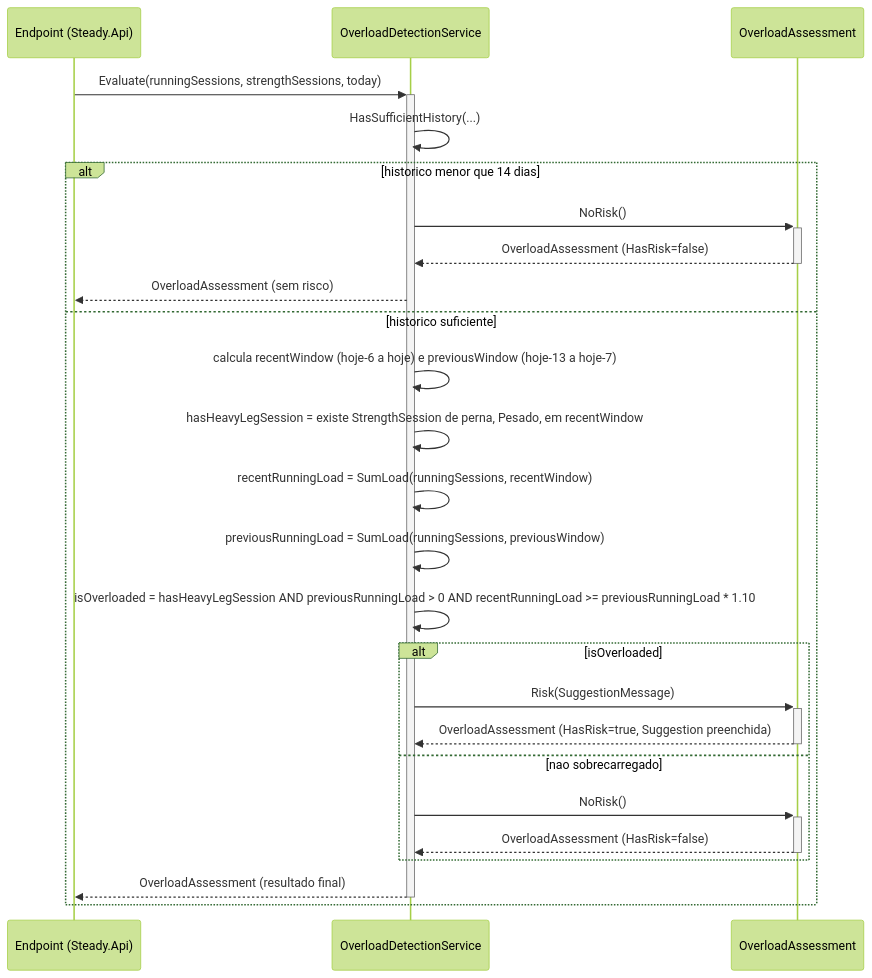
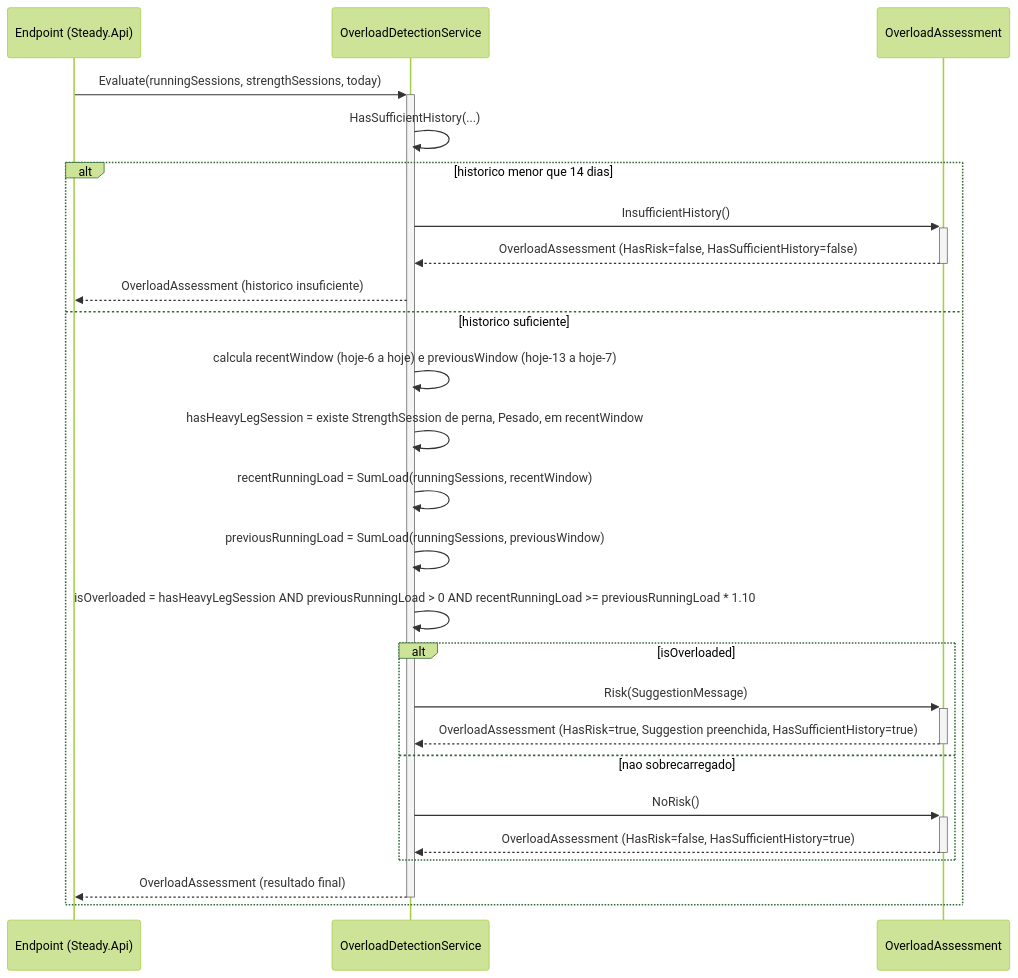
Before and after one commit to JoaoFPedro/steady-ia: the diagram in DocumentAIReadme/Steady.Domain/DevDocs/OverloadDetectionService-Sobrecarga-DevDocs.md, drawn with Mermaid (forest theme). The commit also changed other lines of this file and 28 other files, not shown here.

````diff
--- a/DocumentAIReadme/Steady.Domain/DevDocs/OverloadDetectionService-Sobrecarga-DevDocs.md
+++ b/DocumentAIReadme/Steady.Domain/DevDocs/OverloadDetectionService-Sobrecarga-DevDocs.md
@@ -63,28 +63,28 @@
 ```mermaid
 sequenceDiagram
     participant Endpoint as Endpoint (Steady.Api)
     participant Service as OverloadDetectionService
     participant Assessment as OverloadAssessment
 
     Endpoint->>+Service: Evaluate(runningSessions, strengthSessions, today)
     Service->>Service: HasSufficientHistory(...)
     alt historico menor que 14 dias
-        Service->>+Assessment: NoRisk()
-        Assessment-->>-Service: OverloadAssessment (HasRisk=false)
-        Service-->>Endpoint: OverloadAssessment (sem risco)
+        Service->>+Assessment: InsufficientHistory()
+        Assessment-->>-Service: OverloadAssessment (HasRisk=false, HasSufficientHistory=false)
+        Service-->>Endpoint: OverloadAssessment (historico insuficiente)
     else historico suficiente
         Service->>Service: calcula recentWindow (hoje-6 a hoje) e previousWindow (hoje-13 a hoje-7)
         Service->>Service: hasHeavyLegSession = existe StrengthSession de perna, Pesado, em recentWindow
         Service->>Service: recentRunningLoad = SumLoad(runningSessions, recentWindow)
         Service->>Service: previousRunningLoad = SumLoad(runningSessions, previousWindow)
         Service->>Service: isOverloaded = hasHeavyLegSession AND previousRunningLoad > 0 AND recentRunningLoad >= previousRunningLoad * 1.10
         alt isOverloaded
             Service->>+Assessment: Risk(SuggestionMessage)
-            Assessment-->>-Service: OverloadAssessment (HasRisk=true, Suggestion preenchida)
+            Assessment-->>-Service: OverloadAssessment (HasRisk=true, Suggestion preenchida, HasSufficientHistory=true)
         else nao sobrecarregado
             Service->>+Assessment: NoRisk()
-            Assessment-->>-Service: OverloadAssessment (HasRisk=false)
+            Assessment-->>-Service: OverloadAssessment (HasRisk=false, HasSufficientHistory=true)
         end
         Service-->>-Endpoint: OverloadAssessment (resultado final)
     end
 ```
````
